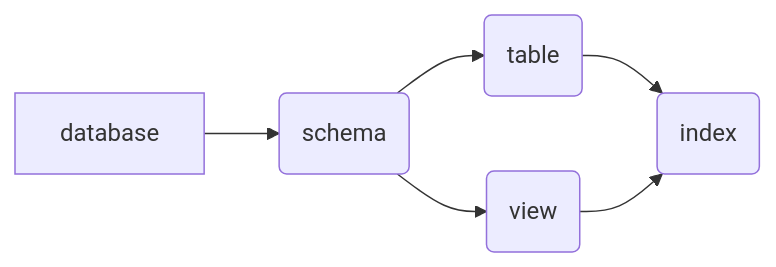
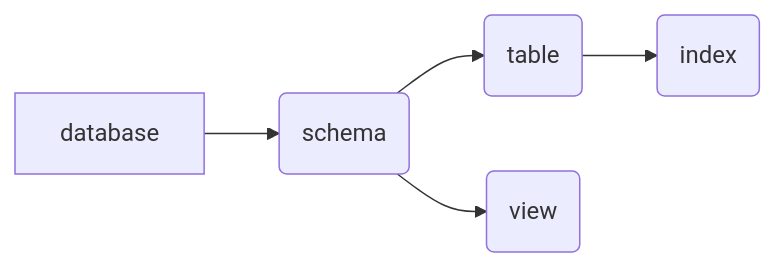
The diagram in _posts/2023-03-16-databse/2023-03-16-databse.md (adoptedirelia/adoptedirelia.github.io), drawn with Mermaid before and after one commit.

````diff
--- a/_posts/2023-03-16-databse/2023-03-16-databse.md
+++ b/_posts/2023-03-16-databse/2023-03-16-databse.md
@@ -16,10 +16,9 @@
 ```mermaid
 
 graph LR
     A[database] --> B(schema)
     B --> C(table)
     B --> D(view)
     C --> E(index)
-    D --> E
 
 ```
````
